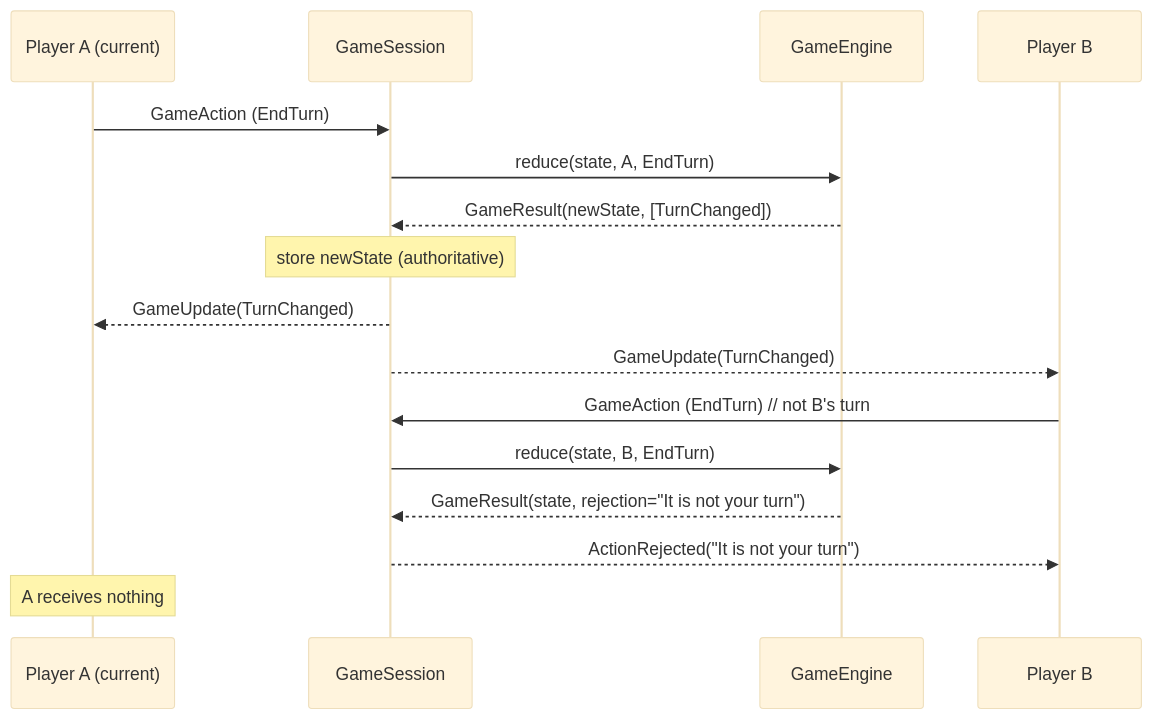
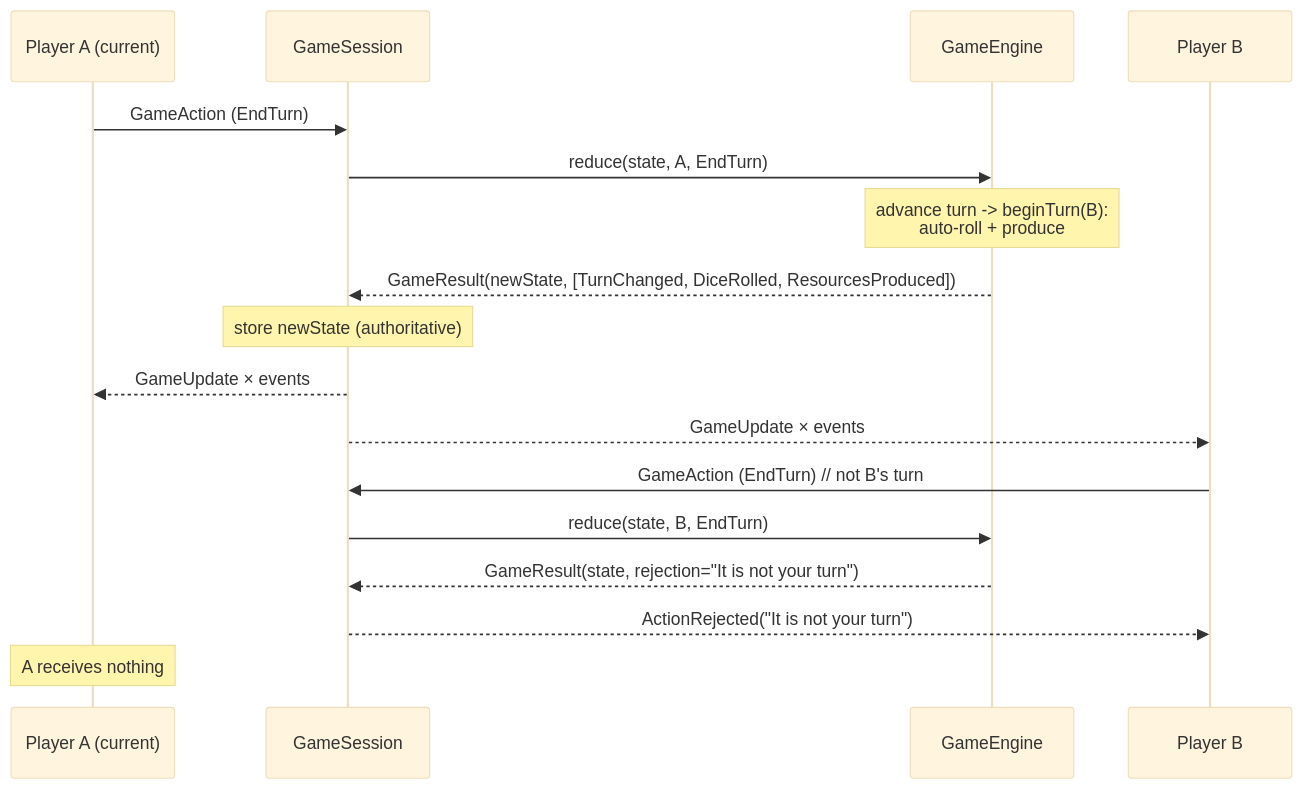
Before and after one commit to Erkko68/HexonKMP: the second of 4 diagrams in docs/architecture.md, drawn with Mermaid (base theme). The commit also changed other lines of this file and 10 other files, not shown here.

First line of the commit message:
feat: add resource hands and automatic dice roll on turn begin

````diff
--- a/docs/architecture.md
+++ b/docs/architecture.md
@@ -132,20 +161,21 @@
 ```mermaid
 sequenceDiagram
     participant A as Player A (current)
     participant Srv as GameSession
     participant Eng as GameEngine
     participant B as Player B
 
     A->>Srv: GameAction (EndTurn)
     Srv->>Eng: reduce(state, A, EndTurn)
-    Eng-->>Srv: GameResult(newState, [TurnChanged])
+    Note over Eng: advance turn -> beginTurn(B):<br/>auto-roll + produce
+    Eng-->>Srv: GameResult(newState, [TurnChanged, DiceRolled, ResourcesProduced])
     Note over Srv: store newState (authoritative)
-    Srv-->>A: GameUpdate(TurnChanged)
-    Srv-->>B: GameUpdate(TurnChanged)
+    Srv-->>A: GameUpdate × events
+    Srv-->>B: GameUpdate × events
 
     B->>Srv: GameAction (EndTurn)  // not B's turn
     Srv->>Eng: reduce(state, B, EndTurn)
     Eng-->>Srv: GameResult(state, rejection="It is not your turn")
     Srv-->>B: ActionRejected("It is not your turn")
     Note over A: A receives nothing
 ```
````
